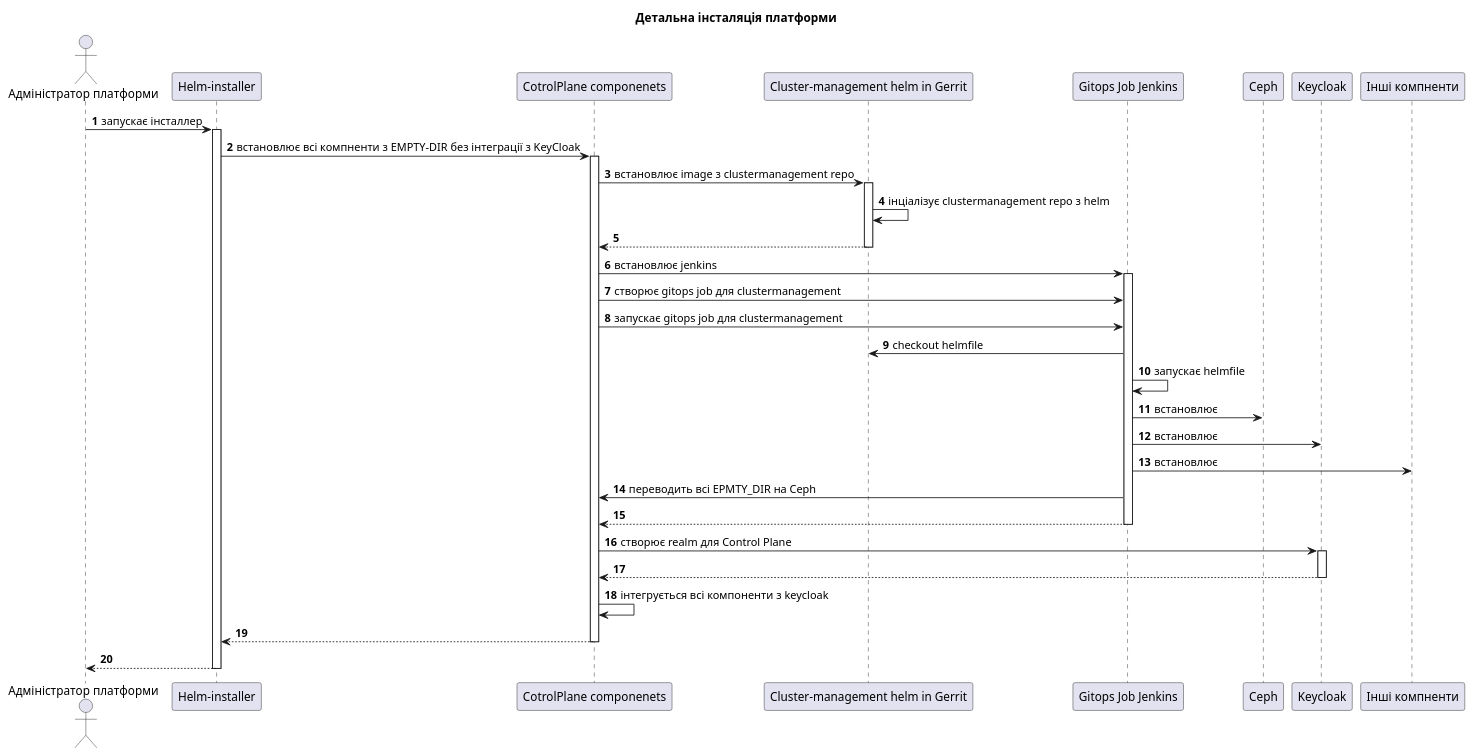
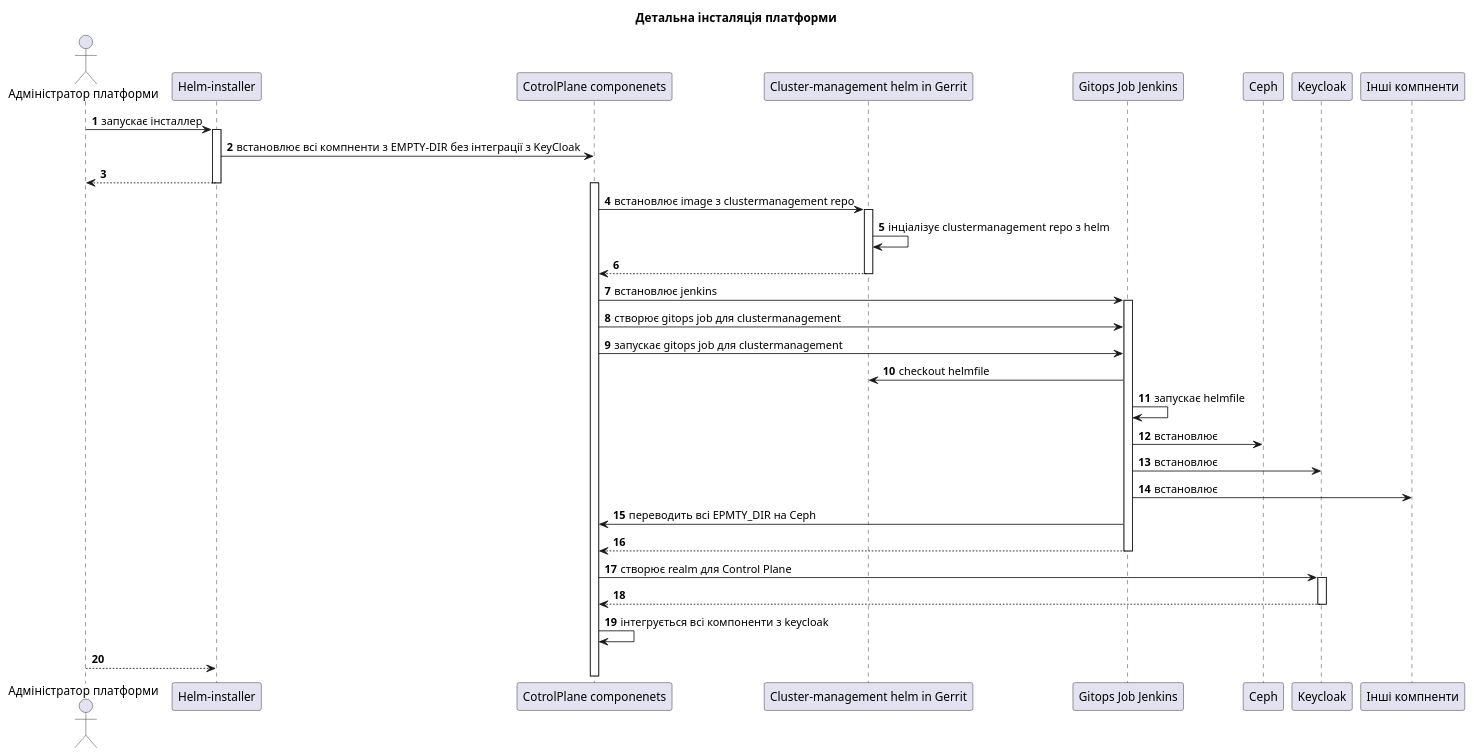
The diagram in infrastructure/ddm-control-plane-installation-details.puml (epam/edp-ddm-architecture), drawn with PlantUML before and after one commit.

Commit message:
[MDTUDDM-0000] Інсталяція платформи (додані деталі по створенню KeyCloak для realm та скорегована відповідальність хелм інсталлера)

```diff
--- a/infrastructure/ddm-control-plane-installation-details.puml
+++ b/infrastructure/ddm-control-plane-installation-details.puml
@@ -1,43 +1,42 @@
 @startuml
 actor "Адміністратор платформи" as admin  order 10
 participant "Helm-installer" as installer  order 20
 participant "CotrolPlane componenets" as cp  order 30
 participant "Cluster-management helm in Gerrit" as gerrit  order 40
 participant "Gitops Job Jenkins" as jenkins  order 50
 participant "Ceph" as ceph  order 60
 participant "Keycloak" as keycloak  order 70
 participant "Інші компненти" as other  order 80
 
 title Детальна інсталяція платформи
 autonumber
 
 admin -> installer: запускає інсталлер
 activate installer
   installer -> cp: встановлює всі компненти з EMPTY-DIR без інтеграції з KeyCloak
-  activate cp
-    cp -> gerrit: встановлює image з clustermanagement repo
-    activate gerrit
-      gerrit -> gerrit: інціалізує clustermanagement repo з helm
-    return
-    cp -> jenkins: встановлює jenkins
-    activate jenkins
-      cp -> jenkins: створює gitops job для clustermanagement
-      cp -> jenkins: запускає gitops job для clustermanagement
-      jenkins -> gerrit: checkout helmfile
-      jenkins -> jenkins: запускає helmfile
-      jenkins -> ceph: встановлює
-      jenkins -> keycloak: встановлює
-      jenkins -> other: встановлює
-      jenkins -> cp: переводить всі EPMTY_DIR на Ceph
-    return
-    cp -> keycloak: створює realm для Control Plane
-    activate keycloak
-    return
-    cp -> cp: інтегрується всі компоненти з keycloak
+  return
+activate cp
+  cp -> gerrit: встановлює image з clustermanagement repo
+  activate gerrit
+    gerrit -> gerrit: інціалізує clustermanagement repo з helm
+  return
+  cp -> jenkins: встановлює jenkins
+  activate jenkins
+    cp -> jenkins: створює gitops job для clustermanagement
+    cp -> jenkins: запускає gitops job для clustermanagement
+    jenkins -> gerrit: checkout helmfile
+    jenkins -> jenkins: запускає helmfile
+    jenkins -> ceph: встановлює
+    jenkins -> keycloak: встановлює
+    jenkins -> other: встановлює
+    jenkins -> cp: переводить всі EPMTY_DIR на Ceph
+  return
+  cp -> keycloak: створює realm для Control Plane
+  activate keycloak
+  return
+  cp -> cp: інтегрується всі компоненти з keycloak
 
-   return
-return
-
+ return
 
 
 @enduml
```
